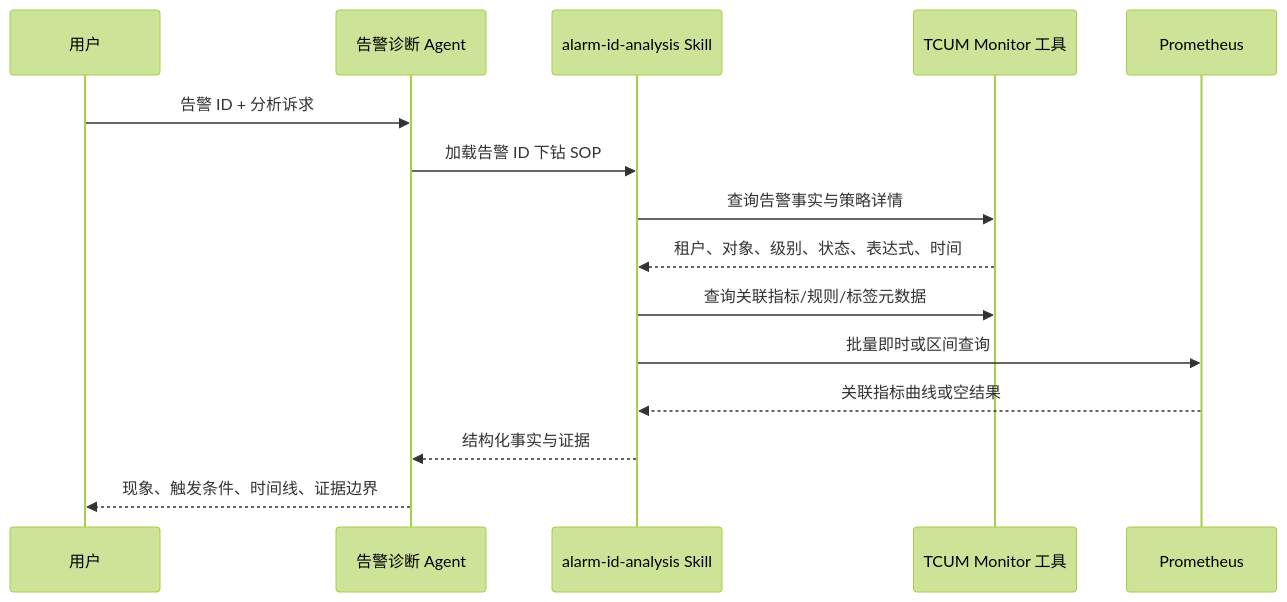
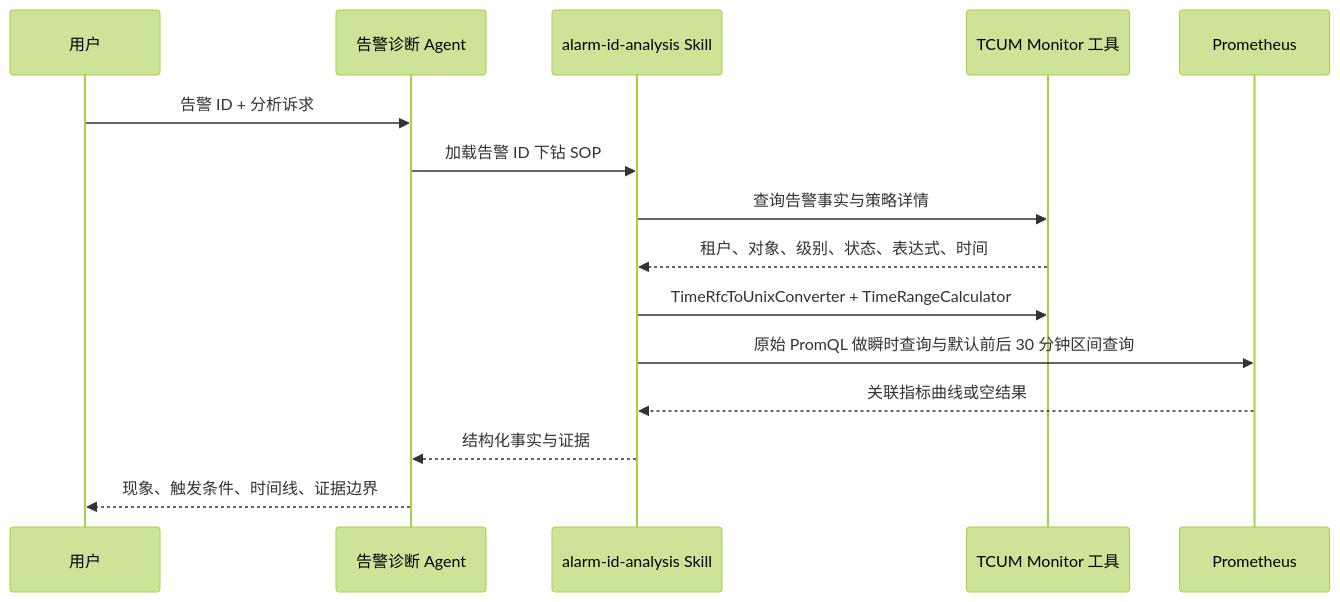
Before and after one commit to monksor111/interview: the second of 6 diagrams in 01-项目专题/03-TCUM-AI/02-场景案例/05-场景篇-总览与监控域.md, drawn with Mermaid (forest theme). The commit also changed other lines of this file and 11 other files, not shown here.

````diff
--- a/01-项目专题/03-TCUM-AI/02-场景案例/05-场景篇-总览与监控域.md
+++ b/01-项目专题/03-TCUM-AI/02-场景案例/05-场景篇-总览与监控域.md
@@ -116,18 +117,18 @@
 ```mermaid
 sequenceDiagram
     participant U as 用户
     participant A as 告警诊断 Agent
     participant S as alarm-id-analysis Skill
     participant M as TCUM Monitor 工具
     participant P as Prometheus
 
     U->>A: 告警 ID + 分析诉求
     A->>S: 加载告警 ID 下钻 SOP
     S->>M: 查询告警事实与策略详情
     M-->>S: 租户、对象、级别、状态、表达式、时间
-    S->>M: 查询关联指标/规则/标签元数据
-    S->>P: 批量即时或区间查询
+    S->>M: TimeRfcToUnixConverter + TimeRangeCalculator
+    S->>P: 原始 PromQL 做瞬时查询与默认前后 30 分钟区间查询
     P-->>S: 关联指标曲线或空结果
     S-->>A: 结构化事实与证据
     A-->>U: 现象、触发条件、时间线、证据边界
 ```
````
